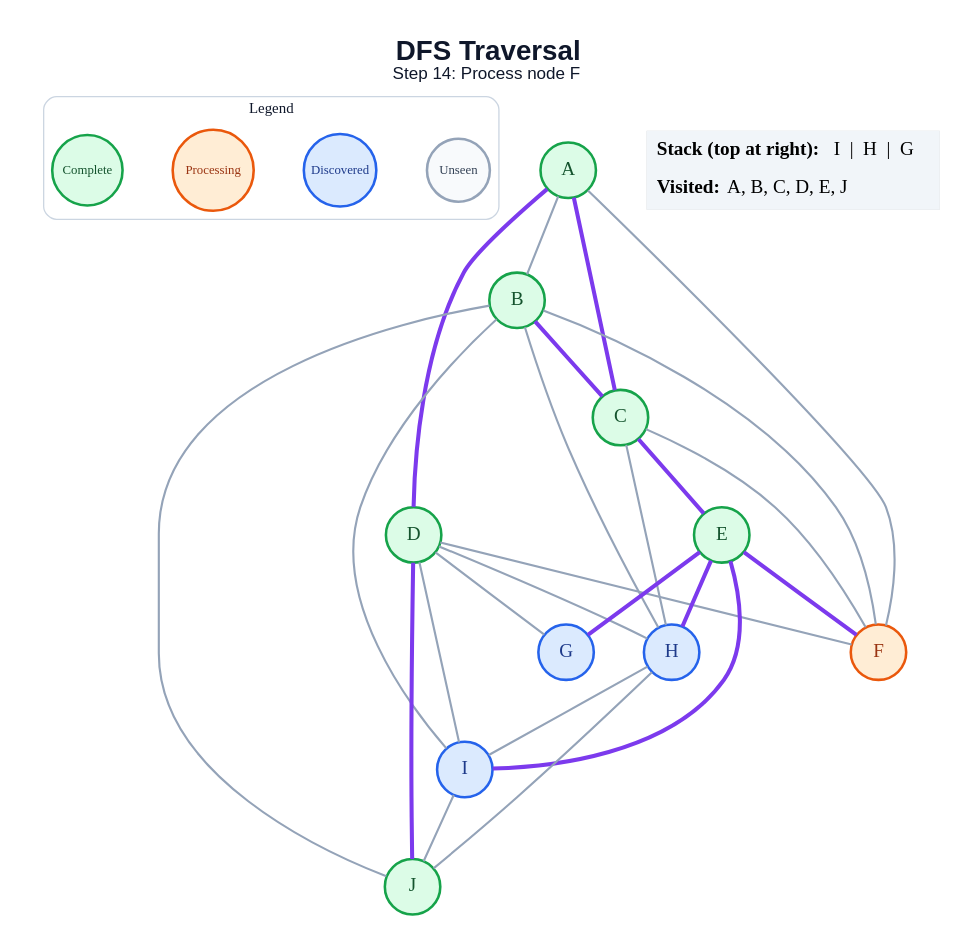
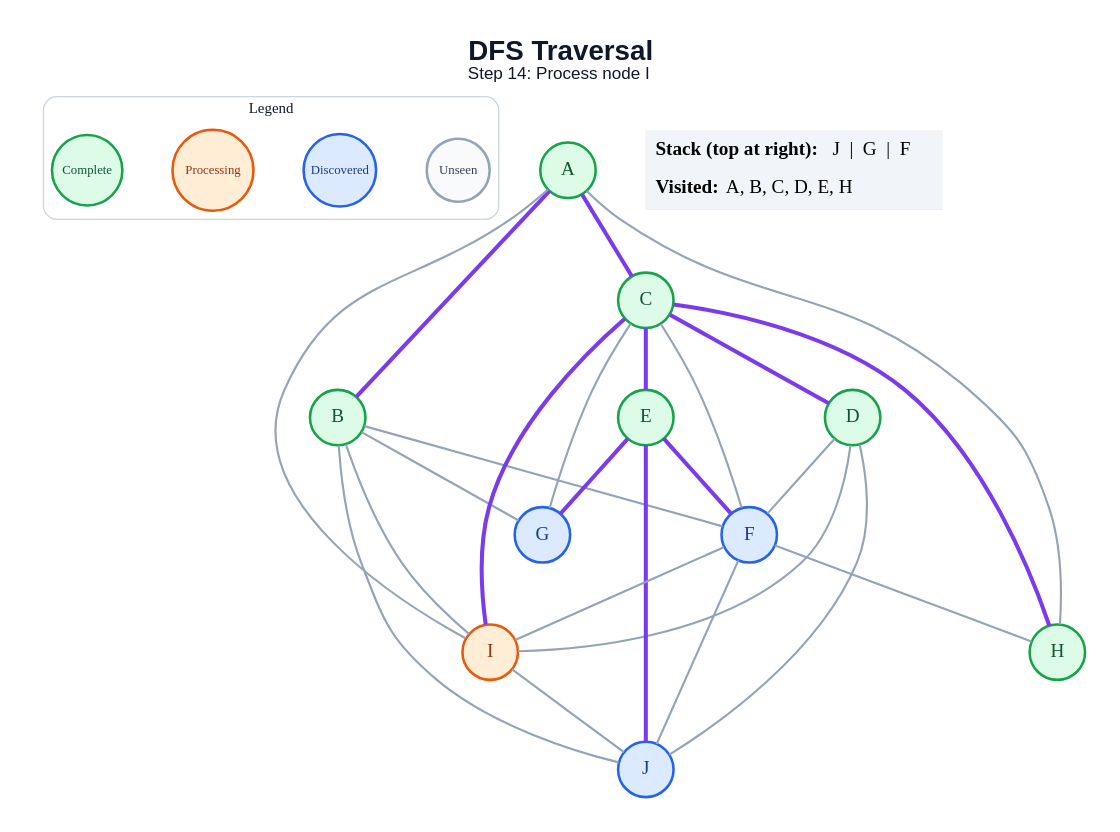
One commit to amanghodawala9/ai-slop changed the diagram in generated/specific-node/dfs/step_14.dot. Above: the diagram before and after it, drawn with Graphviz. The commit also changed 178 other files, not shown here.

```diff
--- a/generated/specific-node/dfs/step_14.dot
+++ b/generated/specific-node/dfs/step_14.dot
@@ -1,53 +1,53 @@
 graph traversal {
   graph [layout=dot, rankdir=TB, bgcolor="#FFFFFF", pad="0.35", nodesep="0.65", ranksep="0.8", fontname="Arial"];
   node [shape=circle, style="filled", fontname="Arial Bold", fontsize=18, width=0.72, fixedsize=true, penwidth=2.4];
   edge [color="#94A3B8", penwidth=2.0];
-  label=<<B>DFS Traversal</B><BR/><FONT POINT-SIZE="16">Step 14: Process node F</FONT>>; labelloc="t"; fontsize=26; fontname="Arial"; fontcolor="#0F172A";
+  label=<<B>DFS Traversal</B><BR/><FONT POINT-SIZE="16">Step 14: Process node I</FONT>>; labelloc="t"; fontsize=26; fontname="Arial"; fontcolor="#0F172A";
   subgraph cluster_legend { label="Legend"; color="#CBD5E1"; penwidth=1.2; style="rounded"; fontsize=14; fontname="Arial Bold";
     key_unseen [label="Unseen", fillcolor="#F8FAFC", color="#94A3B8", fontcolor="#334155", fontsize=12, width=0.82];
     key_frontier [label="Discovered", fillcolor="#DBEAFE", color="#2563EB", fontcolor="#1E3A8A", fontsize=12, width=0.95];
     key_current [label="Processing", fillcolor="#FFEDD5", color="#EA580C", fontcolor="#9A3412", fontsize=12, width=1.05];
     key_done [label="Complete", fillcolor="#DCFCE7", color="#16A34A", fontcolor="#14532D", fontsize=12, width=0.92];
     { rank=same; key_unseen; key_frontier; key_current; key_done; }
   }
   A [fillcolor="#DCFCE7", color="#16A34A", fontcolor="#14532D"];
   B [fillcolor="#DCFCE7", color="#16A34A", fontcolor="#14532D"];
   C [fillcolor="#DCFCE7", color="#16A34A", fontcolor="#14532D"];
   D [fillcolor="#DCFCE7", color="#16A34A", fontcolor="#14532D"];
   E [fillcolor="#DCFCE7", color="#16A34A", fontcolor="#14532D"];
-  F [fillcolor="#FFEDD5", color="#EA580C", fontcolor="#9A3412"];
+  F [fillcolor="#DBEAFE", color="#2563EB", fontcolor="#1E3A8A"];
   G [fillcolor="#DBEAFE", color="#2563EB", fontcolor="#1E3A8A"];
-  H [fillcolor="#DBEAFE", color="#2563EB", fontcolor="#1E3A8A"];
-  I [fillcolor="#DBEAFE", color="#2563EB", fontcolor="#1E3A8A"];
-  J [fillcolor="#DCFCE7", color="#16A34A", fontcolor="#14532D"];
-  A -- B;
+  H [fillcolor="#DCFCE7", color="#16A34A", fontcolor="#14532D"];
+  I [fillcolor="#FFEDD5", color="#EA580C", fontcolor="#9A3412"];
+  J [fillcolor="#DBEAFE", color="#2563EB", fontcolor="#1E3A8A"];
+  A -- B [color="#7C3AED", penwidth=3.8];
   A -- C [color="#7C3AED", penwidth=3.8];
-  A -- D [color="#7C3AED", penwidth=3.8];
-  A -- F;
-  B -- C [color="#7C3AED", penwidth=3.8];
+  A -- H;
+  A -- I;
   B -- F;
-  B -- H;
+  B -- G;
   B -- I;
   B -- J;
+  C -- D [color="#7C3AED", penwidth=3.8];
   C -- E [color="#7C3AED", penwidth=3.8];
   C -- F;
-  C -- H;
+  C -- G;
+  C -- H [color="#7C3AED", penwidth=3.8];
+  C -- I [color="#7C3AED", penwidth=3.8];
   D -- F;
-  D -- G;
-  D -- H;
   D -- I;
-  D -- J [color="#7C3AED", penwidth=3.8];
+  D -- J;
   E -- F [color="#7C3AED", penwidth=3.8];
   E -- G [color="#7C3AED", penwidth=3.8];
-  E -- H [color="#7C3AED", penwidth=3.8];
-  E -- I [color="#7C3AED", penwidth=3.8];
-  H -- I;
-  H -- J;
+  E -- J [color="#7C3AED", penwidth=3.8];
+  F -- H;
+  F -- I;
+  F -- J;
   I -- J;
   status [shape=plain, fixedsize=false, width=0, height=0, margin=0, label=<
     <TABLE BORDER="0" CELLBORDER="0" CELLPADDING="7" BGCOLOR="#F1F5F9">
-      <TR><TD ALIGN="LEFT"><B>Stack (top at right):</B> I  |  H  |  G</TD></TR>
-      <TR><TD ALIGN="LEFT"><B>Visited:</B> A, B, C, D, E, J</TD></TR>
+      <TR><TD ALIGN="LEFT"><B>Stack (top at right):</B> J  |  G  |  F</TD></TR>
+      <TR><TD ALIGN="LEFT"><B>Visited:</B> A, B, C, D, E, H</TD></TR>
     </TABLE>
   >];
 }
```
